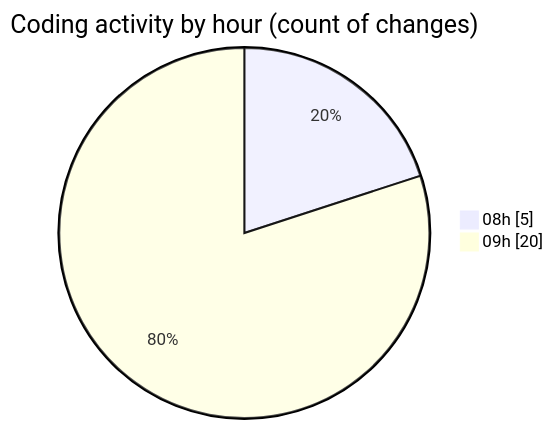
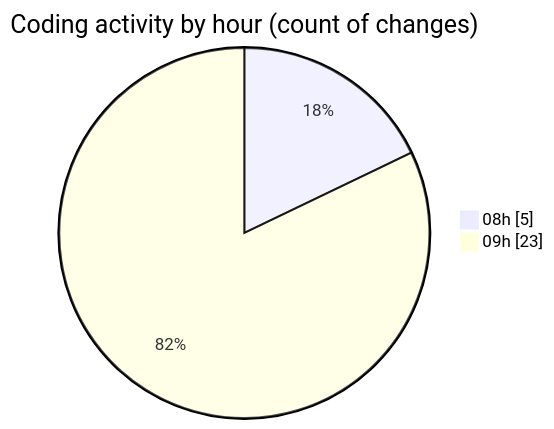
The second of 2 diagrams in 2025-11-24/cda/README.md (momahboobian/code-tracking), drawn with Mermaid before and after one commit. The commit also changed other lines of this file and 1 other file, not shown here.

````diff
--- a/2025-11-24/cda/README.md
+++ b/2025-11-24/cda/README.md
@@ -34,6 +34,6 @@
 ```mermaid
 pie showData
 title Coding activity by hour (count of changes)
 "08h" : 5
-"09h" : 20
+"09h" : 23
 ```
````
